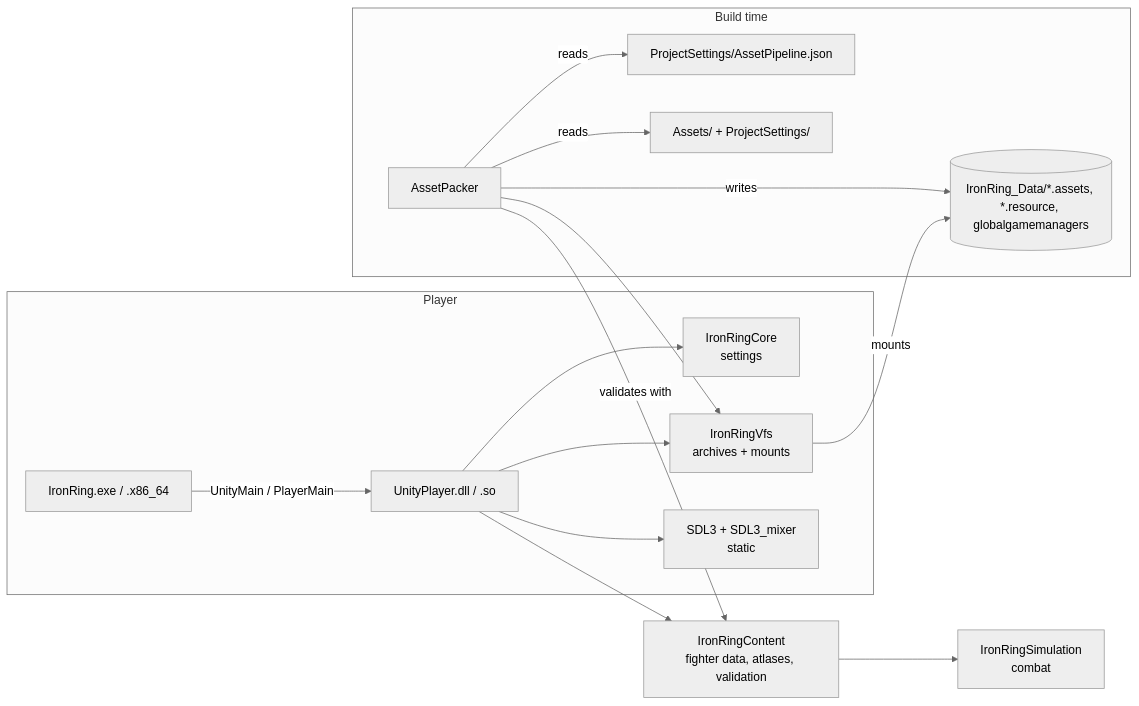
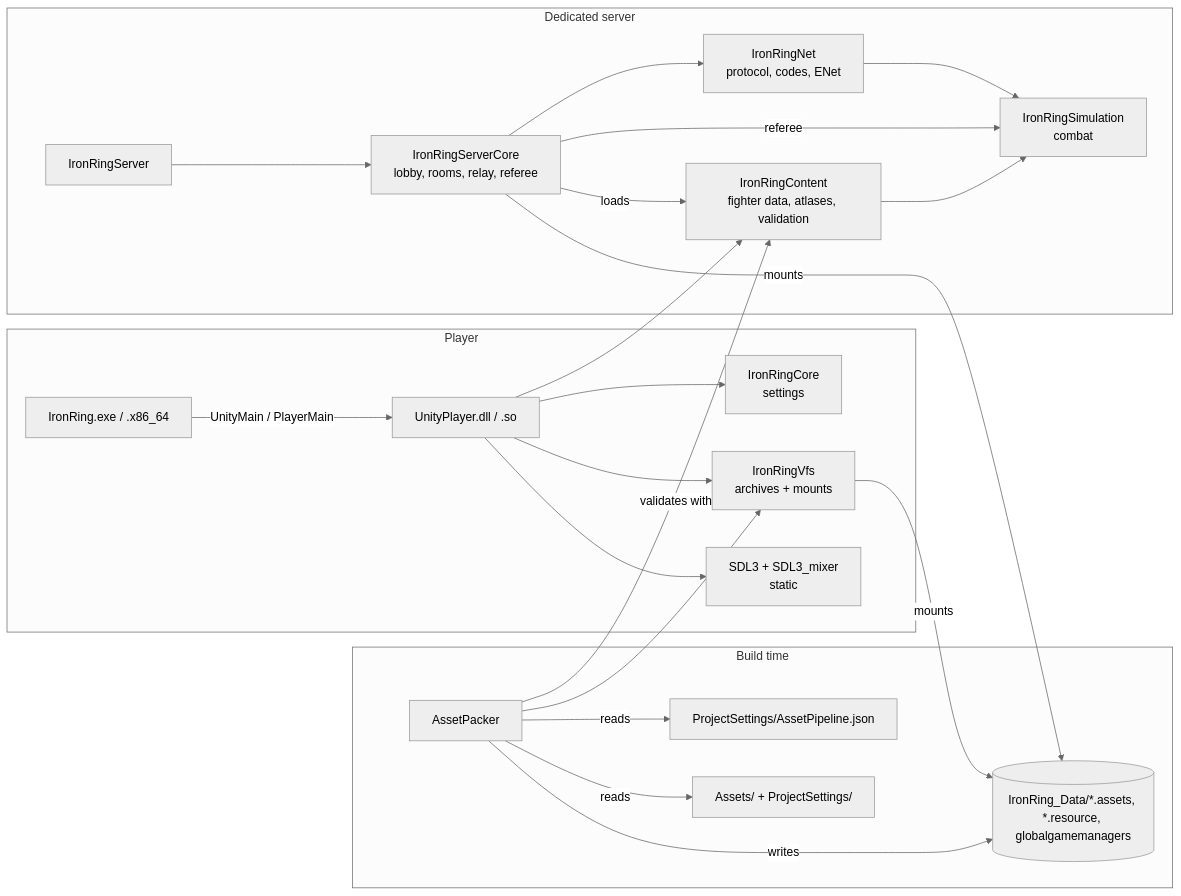
One commit to dkapusta/iron-ring changed the diagram in docs/architecture.md. Above: the diagram before and after it, drawn with Mermaid (neutral theme). The commit also changed other lines of this file and 30 other files, not shown here.

````diff
--- a/docs/architecture.md
+++ b/docs/architecture.md
@@ -5,19 +5,27 @@
 ```mermaid
 flowchart LR
     subgraph Build time
         AP[AssetPacker] -->|reads| PS[ProjectSettings/AssetPipeline.json]
         AP -->|reads| AS[Assets/ + ProjectSettings/]
         AP -->|writes| DATA[(IronRing_Data/*.assets, *.resource, globalgamemanagers)]
     end
     subgraph Player
         EXE[IronRing.exe / .x86_64] -->|UnityMain / PlayerMain| ENG[UnityPlayer.dll / .so]
         ENG --> CORE[IronRingCore\nsettings]
         ENG --> VFS[IronRingVfs\narchives + mounts]
         ENG --> SDL[SDL3 + SDL3_mixer\nstatic]
         VFS -->|mounts| DATA
     end
     CON[IronRingContent\nfighter data, atlases, validation] --> SIM[IronRingSimulation\ncombat]
     ENG --> CON
     AP -->|validates with| CON
     AP --> VFS
+    subgraph Dedicated server
+        SRV[IronRingServer] --> SRVCORE[IronRingServerCore\nlobby, rooms, relay, referee]
+        SRVCORE --> NET[IronRingNet\nprotocol, codes, ENet]
+        SRVCORE -->|referee| SIM
+        SRVCORE -->|loads| CON
+        SRVCORE -->|mounts| DATA
+    end
+    NET --> SIM
 ```
````
